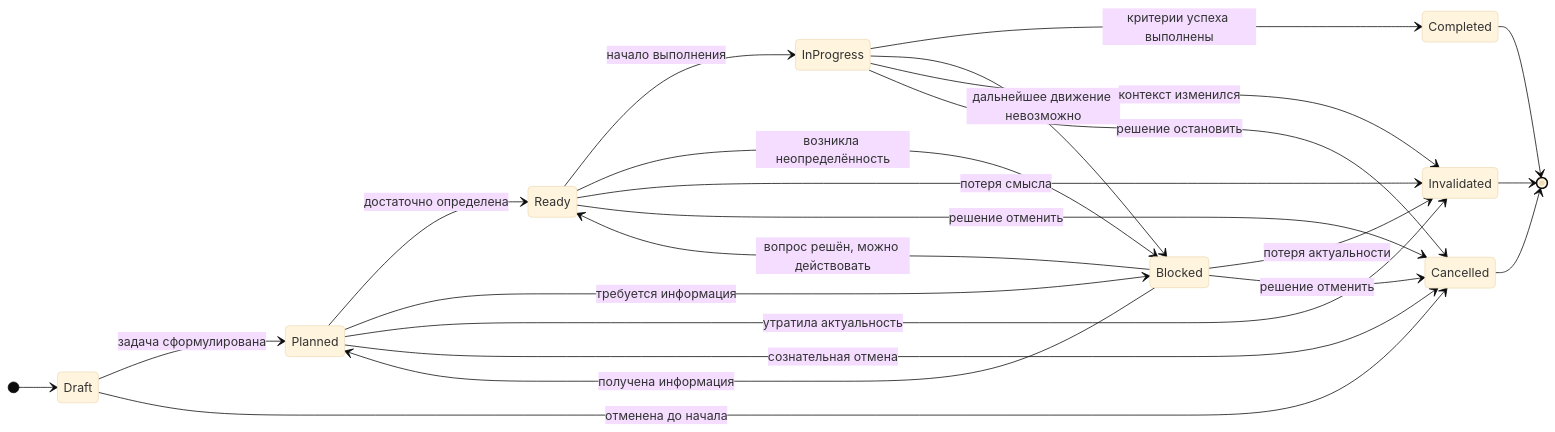
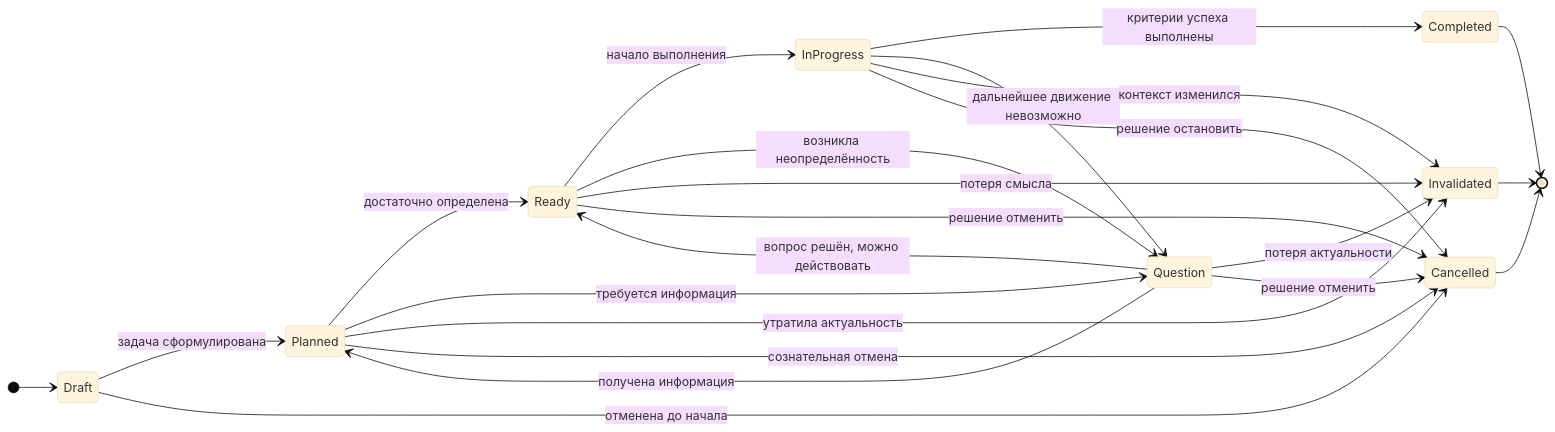
Before and after one commit to Kibnet/UTEP: the diagram in UTEP-TASK-STATE.md, drawn with Mermaid (base theme). The commit also changed other lines of this file and 18 other files, not shown here.

First line of the commit message:
Refactor task state management: replace 'Blocked' with 'Question' and update related logic

````diff
--- a/UTEP-TASK-STATE.md
+++ b/UTEP-TASK-STATE.md
@@ -5,34 +5,34 @@
 ```mermaid
 stateDiagram-v2
     direction LR
     %% ===== Основные состояния =====
     [*] --> Draft
 
     Draft --> Planned : задача сформулирована
     Draft --> Cancelled : отменена до начала
 
     Planned --> Ready : достаточно определена
-    Planned --> Blocked : требуется информация
+    Planned --> Question : требуется информация
     Planned --> Invalidated : утратила актуальность
     Planned --> Cancelled : сознательная отмена
 
     Ready --> InProgress : начало выполнения
-    Ready --> Blocked : возникла неопределённость
+    Ready --> Question : возникла неопределённость
     Ready --> Invalidated : потеря смысла
     Ready --> Cancelled : решение отменить
 
     InProgress --> Completed : критерии успеха выполнены
-    InProgress --> Blocked : дальнейшее движение невозможно
+    InProgress --> Question : дальнейшее движение невозможно
     InProgress --> Invalidated : контекст изменился
     InProgress --> Cancelled : решение остановить
 
-    Blocked --> Planned : получена информация
-    Blocked --> Ready : вопрос решён, можно действовать
-    Blocked --> Invalidated : потеря актуальности
-    Blocked --> Cancelled : решение отменить
+    Question --> Planned : получена информация
+    Question --> Ready : вопрос решён, можно действовать
+    Question --> Invalidated : потеря актуальности
+    Question --> Cancelled : решение отменить
 
     %% ===== Терминальные состояния =====
     Completed --> [*]
     Cancelled --> [*]
     Invalidated --> [*]
 ```
````
